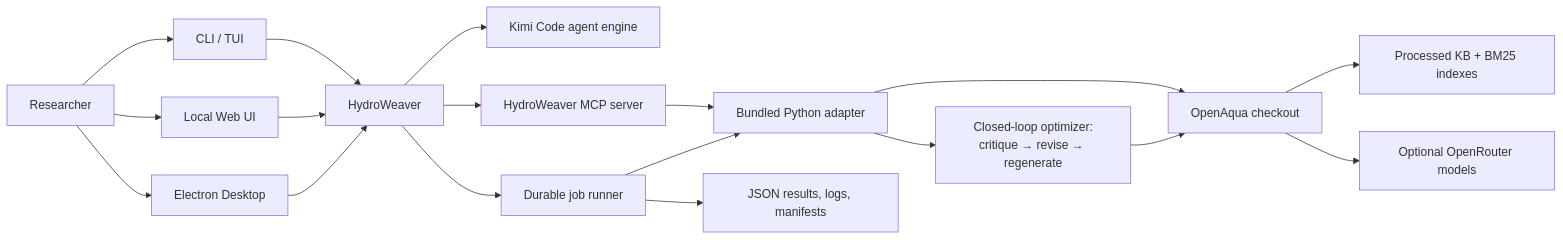
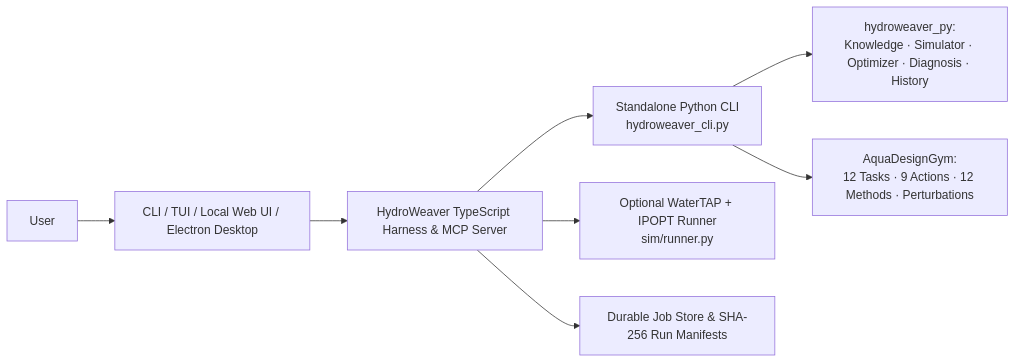
One commit to zhaorui-bi/HydroWeaver changed the diagram in README.md. Above: the diagram before and after it, drawn with Mermaid. The commit also changed other lines of this file and 81 other files, not shown here.

First line of the commit message:
feat: standalone closed-loop optimizer and AquaDesignGym (v0.3.0-beta.1)

````diff
--- a/README.md
+++ b/README.md
@@ -110,24 +84,10 @@
 ```mermaid
 flowchart LR
-    Researcher --> TUI[CLI / TUI]
-    Researcher --> Web[Local Web UI]
-    Researcher --> Desktop[Electron Desktop]
-
-    TUI --> Harness[HydroWeaver]
-    Web --> Harness
-    Desktop --> Harness
-
-    Harness --> Agent[Kimi Code agent engine]
-    Harness --> MCP[HydroWeaver MCP server]
-    MCP --> Adapter[Bundled Python adapter]
-    Adapter --> OA[OpenAqua checkout]
-    OA --> Data[Processed KB + BM25 indexes]
-    OA --> OR[Optional OpenRouter models]
-
-    Adapter --> Loop[Closed-loop optimizer:<br>critique → revise → regenerate]
-    Loop --> OA
-
-    Harness --> Jobs[Durable job runner]
-    Jobs --> Adapter
-    Jobs --> Outputs[JSON results, logs, manifests]
+    User --> Surfaces[CLI / TUI / Local Web UI / Electron Desktop]
+    Surfaces --> Harness[HydroWeaver TypeScript Harness & MCP Server]
+    Harness --> Engine[Standalone Python CLI<br>hydroweaver_cli.py]
+    Engine --> Core[hydroweaver_py:<br>Knowledge · Simulator · Optimizer · Diagnosis · History]
+    Engine --> Gym[AquaDesignGym:<br>12 Tasks · 9 Actions · 12 Methods · Perturbations]
+    Harness --> WaterTAP[Optional WaterTAP + IPOPT Runner<br>sim/runner.py]
+    Harness --> Jobs[Durable Job Store & SHA-256 Run Manifests]
 ```
````
